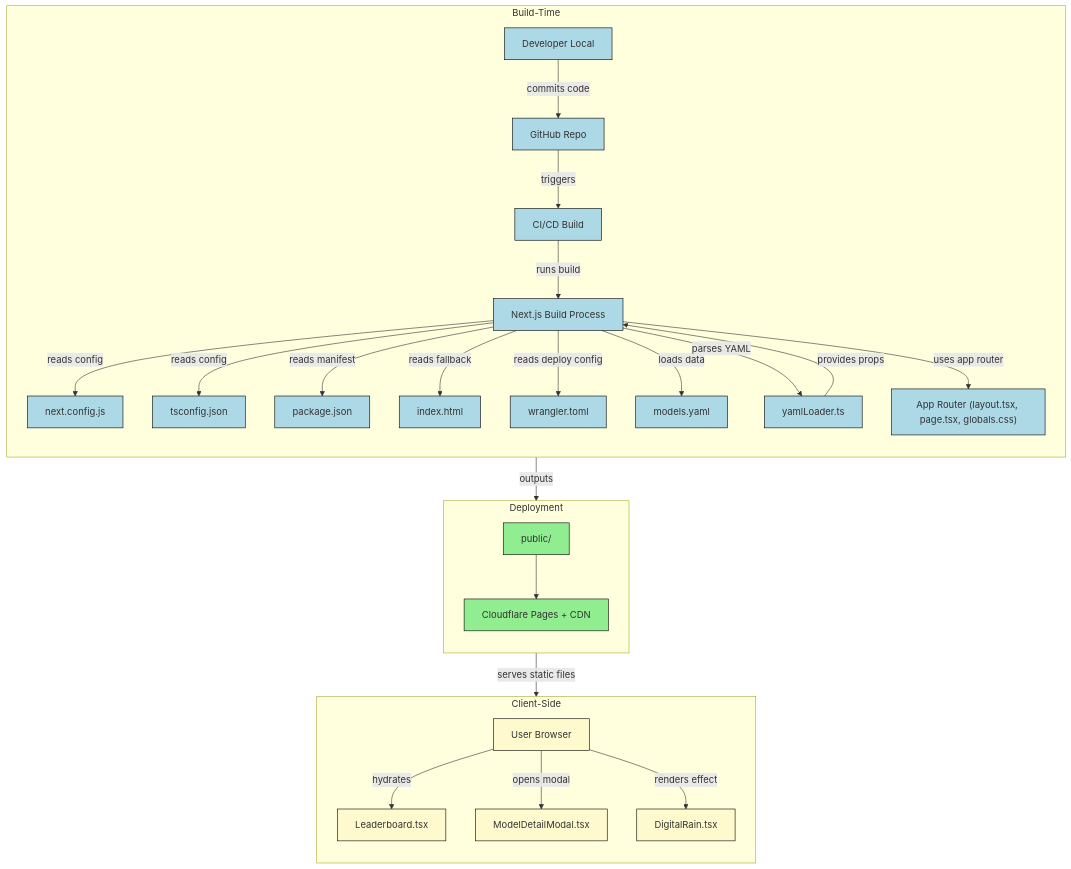
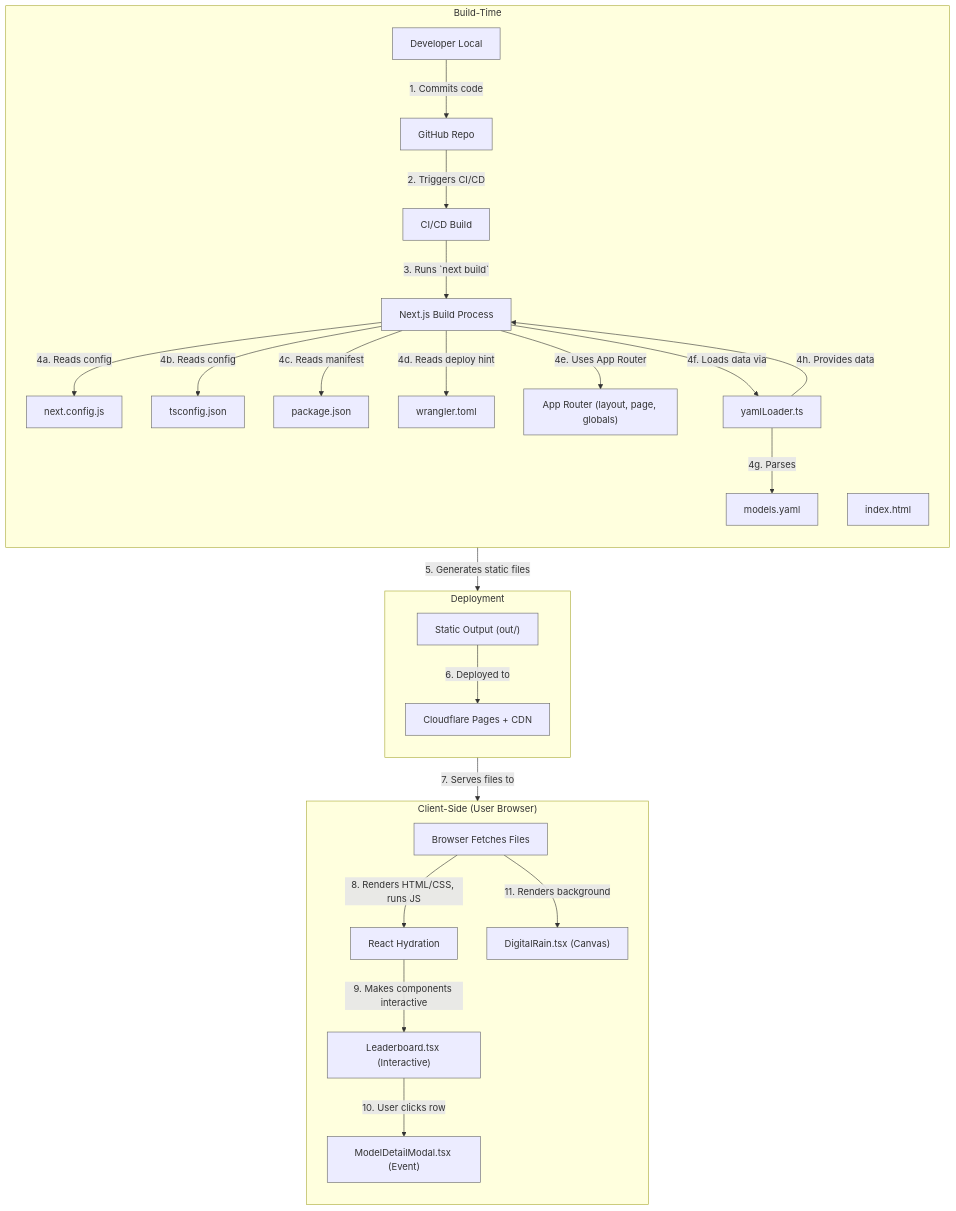
Before and after one commit to aj47/techfren-leaderboard: the diagram in README.md, drawn with Mermaid.

````diff
--- a/README.md
+++ b/README.md
@@ -44,76 +44,80 @@
 ```mermaid
 flowchart TD
-    %% Build-Time Components
-    subgraph "Build-Time" 
+    %% === Build-Time Components ===
+    subgraph "Build-Time"
         direction TB
         Dev["Developer Local"]:::build
         GH["GitHub Repo"]:::build
         CI["CI/CD Build"]:::build
         NXConfig["next.config.js"]:::build
         TSConfig["tsconfig.json"]:::build
         Package["package.json"]:::build
         IndexHTML["index.html"]:::build
         Wrangler["wrangler.toml"]:::build
         ModelsYAML["models.yaml"]:::build
         YamlLoader["yamlLoader.ts"]:::build
         NextBuild["Next.js Build Process"]:::build
-        AppRouter["App Router (layout.tsx, page.tsx, globals.css)"]:::build
+        AppRouter["App Router (layout, page, globals)"]:::build
     end
 
-    %% Deployment Components
-    subgraph "Deployment" 
+    %% === Deployment Components ===
+    subgraph "Deployment"
         direction TB
-        StaticAssets["public/"]:::deploy
+        StaticAssets["Static Output (out/)"]:::deploy
         Cloudflare["Cloudflare Pages + CDN"]:::deploy
     end
 
-    %% Client-Side Runtime
-    subgraph "Client-Side" 
+    %% === Client-Side Runtime ===
+    subgraph "Client-Side (User Browser)"
         direction TB
-        Browser["User Browser"]:::runtime
-        Leaderboard["Leaderboard.tsx"]:::runtime
-        Modal["ModelDetailModal.tsx"]:::runtime
-        DigitalRain["DigitalRain.tsx"]:::runtime
+        Browser["Browser Fetches Files"]:::runtime
+        Hydration["React Hydration"]:::runtime
+        Leaderboard["Leaderboard.tsx (Interactive)"]:::runtime
+        Modal["ModelDetailModal.tsx (Event)"]:::runtime
+        DigitalRain["DigitalRain.tsx (Canvas)"]:::runtime
     end
 
-    %% Relationships
-    Dev -->|commits code| GH
-    GH -->|triggers| CI
-    CI -->|runs build| NextBuild
-    NextBuild -->|reads config| NXConfig
-    NextBuild -->|reads config| TSConfig
-    NextBuild -->|reads manifest| Package
-    NextBuild -->|reads fallback| IndexHTML
-    NextBuild -->|reads deploy config| Wrangler
-    NextBuild -->|loads data| ModelsYAML
-    NextBuild -->|parses YAML| YamlLoader
-    YamlLoader -->|provides props| NextBuild
-    NextBuild -->|uses app router| AppRouter
-    NextBuild -->|outputs| StaticAssets
-    StaticAssets --> Cloudflare
-    Cloudflare -->|serves static files| Browser
-    Browser -->|hydrates| Leaderboard
-    Browser -->|opens modal| Modal
-    Browser -->|renders effect| DigitalRain
+    %% === Relationships ===
+    Dev -->|1. Commits code| GH
+    GH -->|2. Triggers CI/CD| CI
+    CI -->|3. Runs `next build`| NextBuild
 
-    %% Click Events
-    click NXConfig "https://github.com/rsrini7/techfren-leaderboard/blob/main/next.config.js"
-    click Wrangler "https://github.com/rsrini7/techfren-leaderboard/blob/main/wrangler.toml"
-    click StaticAssets "https://github.com/rsrini7/techfren-leaderboard/tree/main/public/"
-    click AppRouter "https://github.com/rsrini7/techfren-leaderboard/blob/main/src/app/layout.tsx"
-    click AppRouter "https://github.com/rsrini7/techfren-leaderboard/blob/main/src/app/page.tsx"
-    click AppRouter "https://github.com/rsrini7/techfren-leaderboard/blob/main/src/app/globals.css"
-    click ModelsYAML "https://github.com/rsrini7/techfren-leaderboard/blob/main/src/data/models.yaml"
-    click YamlLoader "https://github.com/rsrini7/techfren-leaderboard/blob/main/src/utils/yamlLoader.ts"
-    click Leaderboard "https://github.com/rsrini7/techfren-leaderboard/blob/main/src/components/Leaderboard.tsx"
-    click Modal "https://github.com/rsrini7/techfren-leaderboard/blob/main/src/components/ModelDetailModal.tsx"
-    click DigitalRain "https://github.com/rsrini7/techfren-leaderboard/blob/main/src/components/DigitalRain.tsx"
-    click TSConfig "https://github.com/rsrini7/techfren-leaderboard/blob/main/tsconfig.json"
-    click IndexHTML "https://github.com/rsrini7/techfren-leaderboard/blob/main/index.html"
-    click Package "https://github.com/rsrini7/techfren-leaderboard/blob/main/package.json"
+    NextBuild -->|4a. Reads config| NXConfig
+    NextBuild -->|4b. Reads config| TSConfig
+    NextBuild -->|4c. Reads manifest| Package
+    NextBuild -->|4d. Reads deploy hint| Wrangler
+    NextBuild -->|4e. Uses App Router| AppRouter
+    NextBuild -->|4f. Loads data via| YamlLoader
+    YamlLoader -->|4g. Parses| ModelsYAML
+    YamlLoader -->|4h. Provides data| NextBuild
+    NextBuild -->|5. Generates static files| StaticAssets
+    StaticAssets -->|6. Deployed to| Cloudflare
 
-    %% Styles
-    classDef build fill:#ADD8E6,stroke:#000,stroke-width:1px
-    classDef deploy fill:#90EE90,stroke:#000,stroke-width:1px
-    classDef runtime fill:#FFFACD,stroke:#000,stroke-width:1px
+    Cloudflare -->|7. Serves files to| Browser
+    Browser -->|8. Renders HTML/CSS, runs JS| Hydration
+    Hydration -->|9. Makes components interactive| Leaderboard
+    Leaderboard -->|10. User clicks row| Modal
+    Browser -->|11. Renders background| DigitalRain
+
+    %% === Click Events (Links to GitHub files) ===
+    %% Removed target="_blank" for compatibility
+    click NXConfig "https://github.com/aj47/techfren-leaderboard/blob/main/next.config.js"
+    click Wrangler "https://github.com/aj47/techfren-leaderboard/blob/main/wrangler.toml"
+    click StaticAssets "https://nextjs.org/docs/app/building-your-application/deploying/static-exports"
+    click AppRouter "https://github.com/aj47/techfren-leaderboard/tree/main/src/app"
+    click ModelsYAML "https://github.com/aj47/techfren-leaderboard/blob/main/src/data/models.yaml"
+    click YamlLoader "https://github.com/aj47/techfren-leaderboard/blob/main/src/utils/yamlLoader.ts"
+    click Leaderboard "https://github.com/aj47/techfren-leaderboard/blob/main/src/components/Leaderboard.tsx"
+    click Modal "https://github.com/aj47/techfren-leaderboard/blob/main/src/components/ModelDetailModal.tsx"
+    click DigitalRain "https://github.com/aj47/techfren-leaderboard/blob/main/src/components/DigitalRain.tsx"
+    click TSConfig "https://github.com/aj47/techfren-leaderboard/blob/main/tsconfig.json"
+    click IndexHTML "https://github.com/aj47/techfren-leaderboard/blob/main/index.html"
+    click Package "https://github.com/aj47/techfren-leaderboard/blob/main/package.json"
+    click Cloudflare "https://pages.cloudflare.com/"
+
+    %% === Styles (Theme Friendly) ===
+    %% Removed fill colors to use theme defaults. Kept stroke for definition.
+    classDef build stroke:#666,stroke-width:1px,color:#333
+    classDef deploy stroke:#666,stroke-width:1px,color:#333
+    classDef runtime stroke:#666,stroke-width:1px,color:#333
 ```
````
